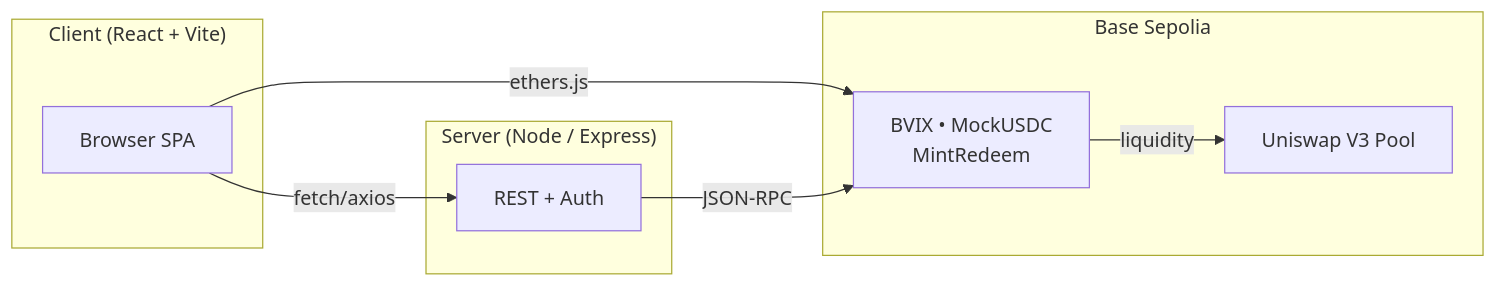
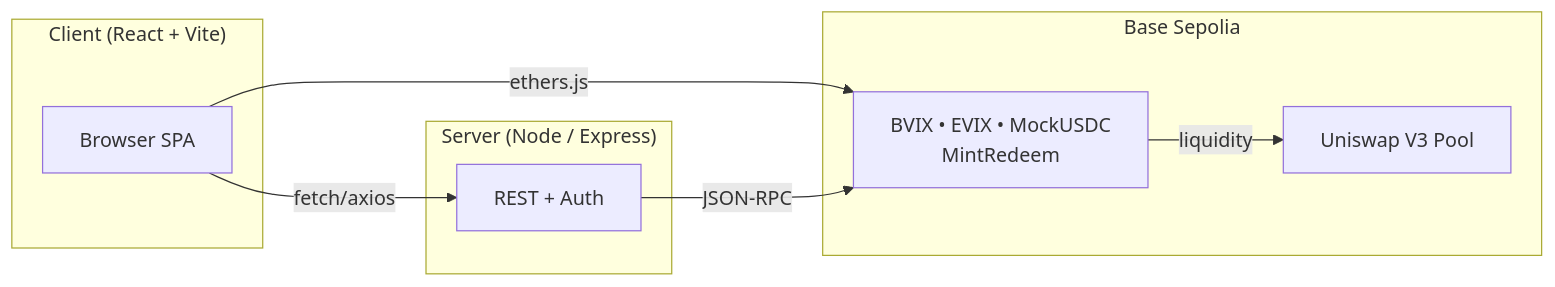
Before and after one commit to iamguerrero/levitas-protocol: the diagram in README.md, drawn with Mermaid. The commit also changed other lines of this file and 47 other files, not shown here.

````diff
--- a/README.md
+++ b/README.md
@@ -14,23 +14,23 @@
 ```mermaid
 flowchart LR
   %% ---------- Front-end ----------
   subgraph Client ["Client (React + Vite)"]
     A[Browser SPA]
   end
 
   %% ---------- Back-end ----------
   subgraph Server ["Server (Node / Express)"]
     B[REST + Auth]
   end
 
   %% ---------- Blockchain ----------
   subgraph "Base Sepolia"
-    C["BVIX • MockUSDC<br/>MintRedeem"]
+    C["BVIX • EVIX • MockUSDC<br/>MintRedeem"]
     D["Uniswap V3 Pool"]
   end
 
   A -- ethers.js --> C
   A -- fetch/axios --> B
   B -- JSON-RPC --> C
   C -- liquidity --> D
 ```
````
